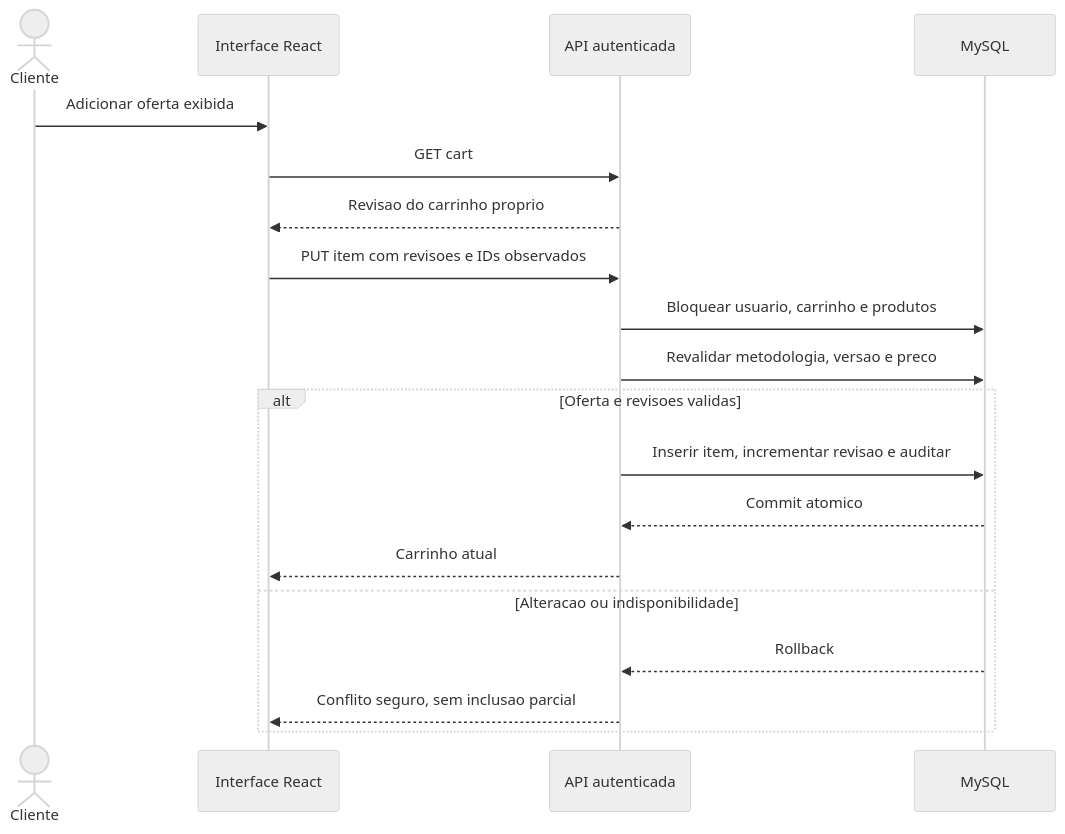
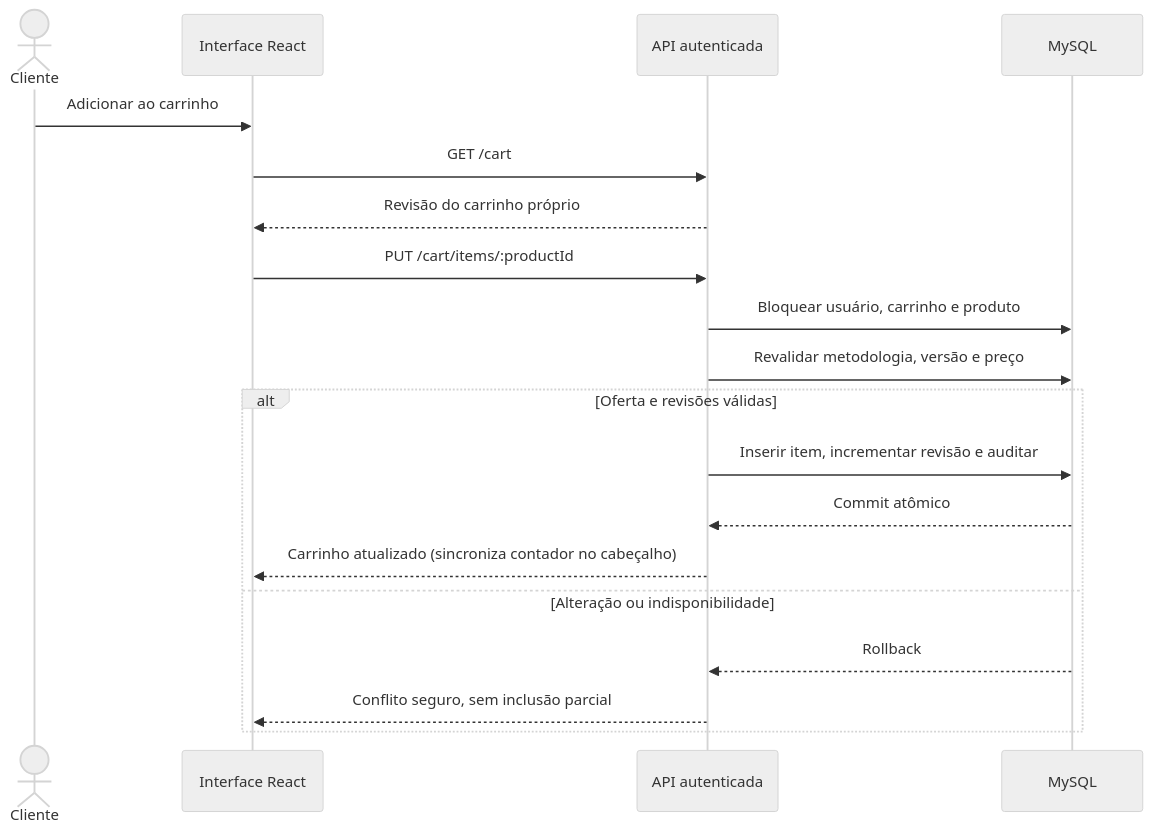
The second of 2 diagrams in docs/arquitetura/OFERTAS-CARRINHO.md (dernivaljr/wiki-chem), drawn with Mermaid (neutral theme) before and after one commit. The commit also changed other lines of this file and 54 other files, not shown here.

````diff
--- a/docs/arquitetura/OFERTAS-CARRINHO.md
+++ b/docs/arquitetura/OFERTAS-CARRINHO.md
@@ -60,21 +50,21 @@
 ```mermaid
 sequenceDiagram
   actor Cliente
   participant UI as Interface React
   participant API as API autenticada
   participant DB as MySQL
-  Cliente->>UI: Adicionar oferta exibida
-  UI->>API: GET cart
-  API-->>UI: Revisao do carrinho proprio
-  UI->>API: PUT item com revisoes e IDs observados
-  API->>DB: Bloquear usuario, carrinho e produtos
-  API->>DB: Revalidar metodologia, versao e preco
-  alt Oferta e revisoes validas
-    API->>DB: Inserir item, incrementar revisao e auditar
-    DB-->>API: Commit atomico
-    API-->>UI: Carrinho atual
-  else Alteracao ou indisponibilidade
+  Cliente->>UI: Adicionar ao carrinho
+  UI->>API: GET /cart
+  API-->>UI: Revisão do carrinho próprio
+  UI->>API: PUT /cart/items/:productId
+  API->>DB: Bloquear usuário, carrinho e produto
+  API->>DB: Revalidar metodologia, versão e preço
+  alt Oferta e revisões válidas
+    API->>DB: Inserir item, incrementar revisão e auditar
+    DB-->>API: Commit atômico
+    API-->>UI: Carrinho atualizado (sincroniza contador no cabeçalho)
+  else Alteração ou indisponibilidade
     DB-->>API: Rollback
-    API-->>UI: Conflito seguro, sem inclusao parcial
+    API-->>UI: Conflito seguro, sem inclusão parcial
   end
 ```
````
